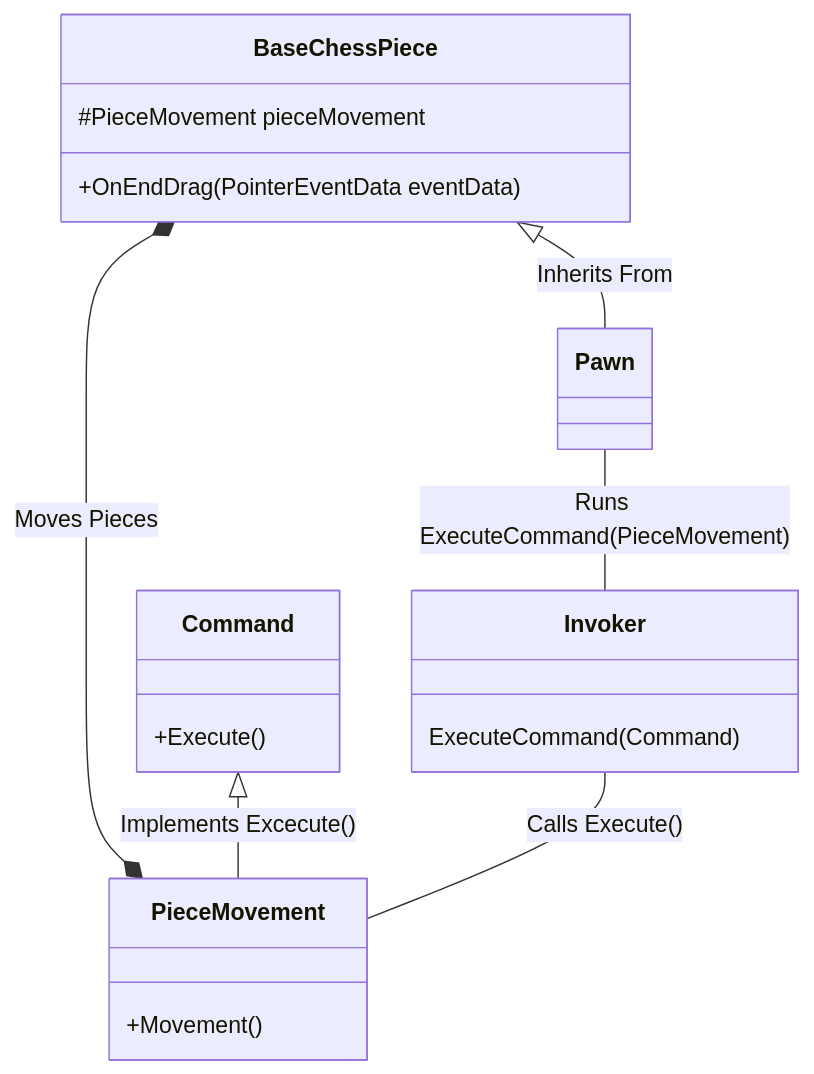
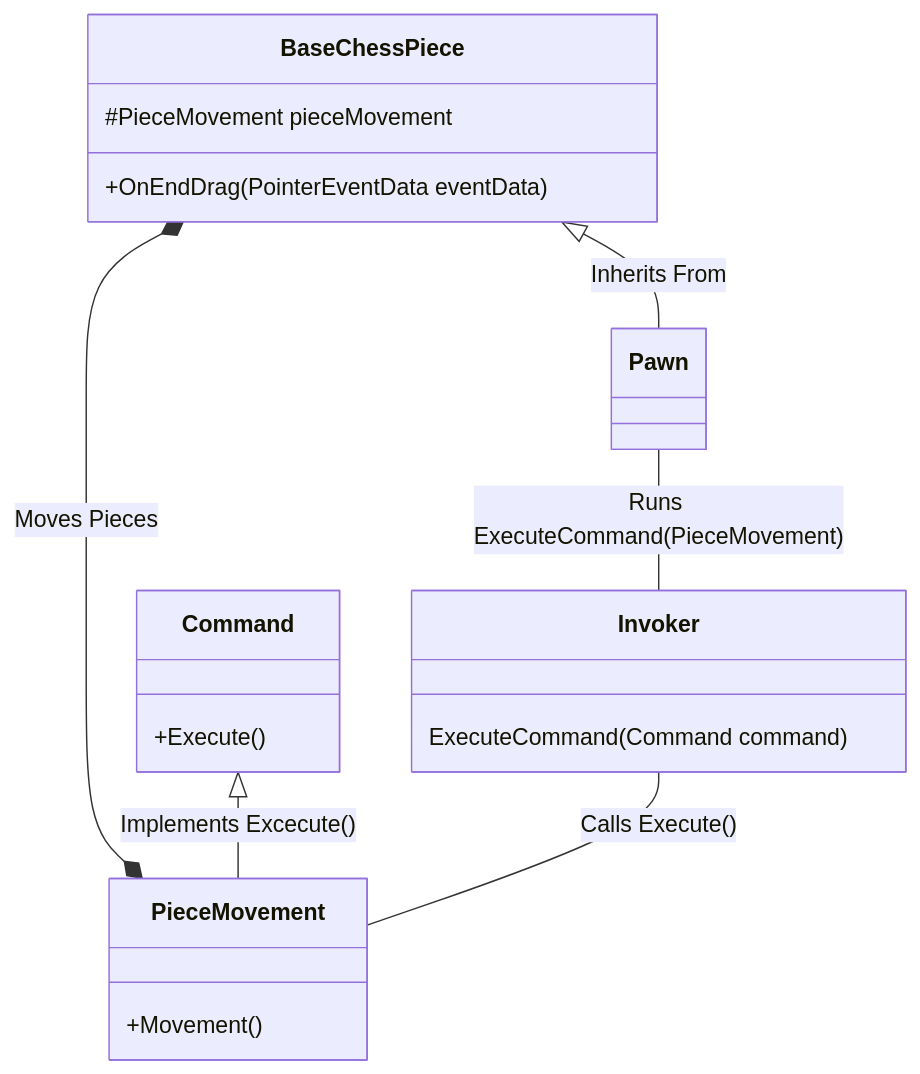
The diagram in README.md (JL-40/Game_Engine_Assignment_1), drawn with Mermaid before and after one commit. The commit also changed other lines of this file, not shown here.

````diff
--- a/README.md
+++ b/README.md
@@ -56,14 +56,14 @@
 ```mermaid
 classDiagram
 	BaseChessPiece : #PieceMovement pieceMovement
 	BaseChessPiece : +OnEndDrag(PointerEventData eventData)
 	BaseChessPiece <|-- Pawn : Inherits From
 	Pawn -- Invoker : Runs ExecuteCommand(PieceMovement)
 	BaseChessPiece *--* PieceMovement : Moves Pieces 
 	Command <|-- PieceMovement : Implements Excecute()
 	Command : +Execute()
 	PieceMovement : +Movement()
 	Invoker -- PieceMovement : Calls Execute()
-	Invoker : ExecuteCommand(Command)
+	Invoker : ExecuteCommand(Command command)
 	
 ```
````
